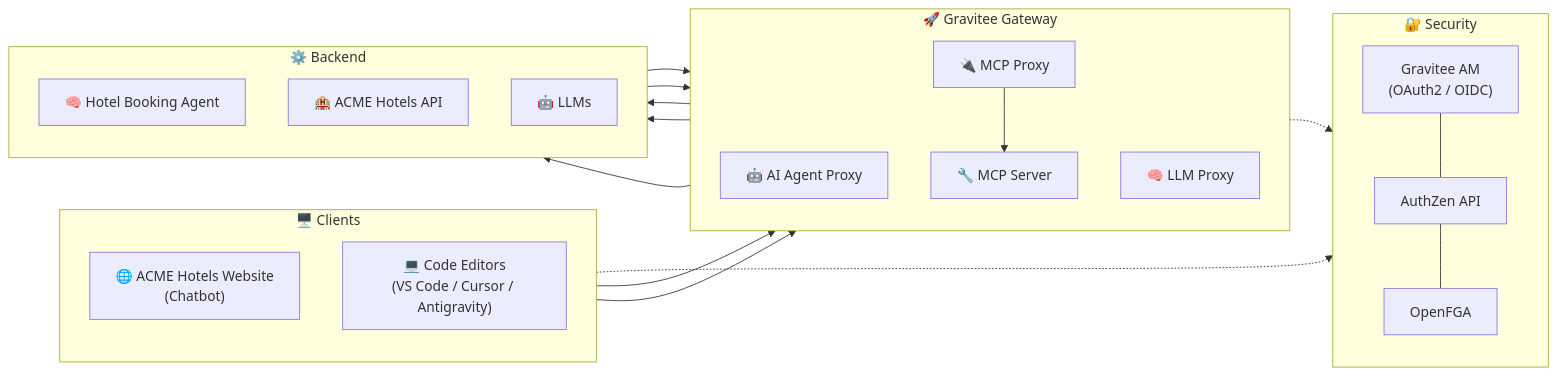
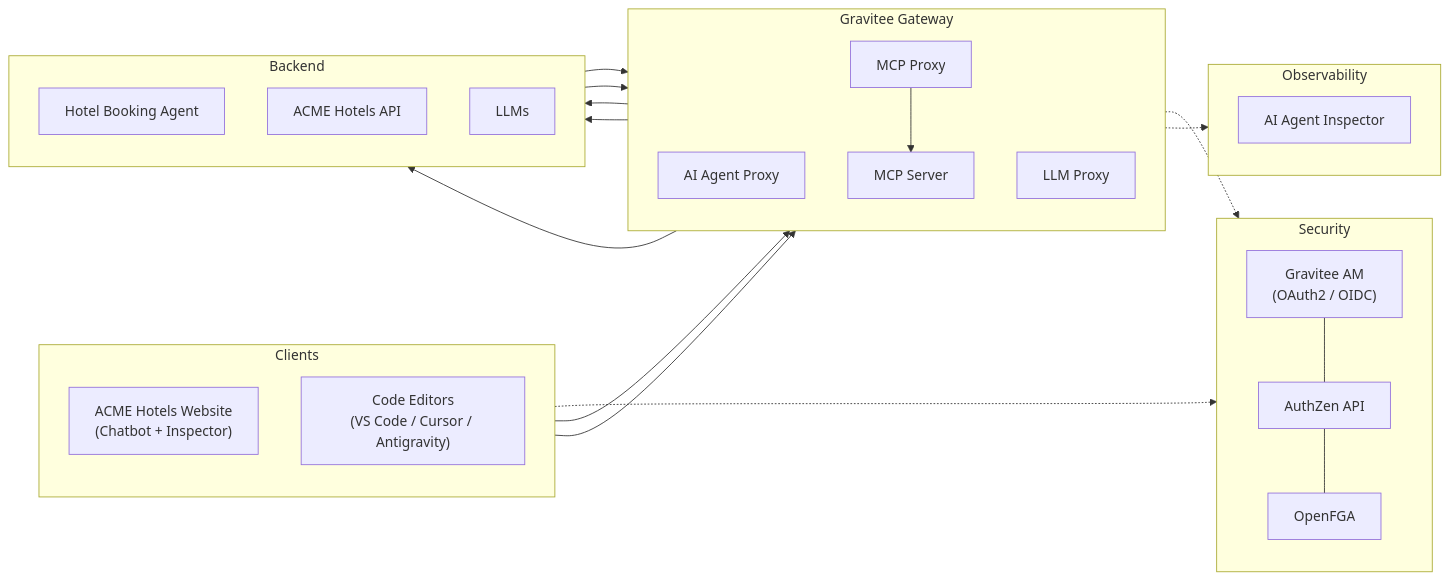
The first of 6 diagrams in README.md (gravitee-io-labs/Gravitee-AI-Agent-Workshop), drawn with Mermaid before and after one commit. The commit also changed other lines of this file and 1 other file, not shown here.

````diff
--- a/README.md
+++ b/README.md
@@ -68,50 +79,52 @@
 ```mermaid
 flowchart LR
-    subgraph Clients["🖥️ Clients"]
+    subgraph Clients["Clients"]
         direction TB
-        Website["🌐 ACME Hotels Website<br/>(Chatbot)"]
-        Editors["💻 Code Editors<br/>(VS Code / Cursor / Antigravity)"]
+        Website["ACME Hotels Website\n(Chatbot + Inspector)"]
+        Editors["Code Editors\n(VS Code / Cursor / Antigravity)"]
     end
 
-    subgraph Gateway["🚀 Gravitee Gateway"]
+    subgraph Gateway["Gravitee Gateway"]
         direction TB
-        AgentProxy["🤖 AI Agent Proxy"]
-        MCPProxy["🔌 MCP Proxy"]
-        MCPServer["🔧 MCP Server"]
-        LLMProxy["🧠 LLM Proxy"]
+        AgentProxy["AI Agent Proxy"]
+        MCPProxy["MCP Proxy"]
+        MCPServer["MCP Server"]
+        LLMProxy["LLM Proxy"]
     end
 
-    subgraph Backend["⚙️ Backend"]
+    subgraph Backend["Backend"]
         direction TB
-        Agent["🧠 Hotel Booking Agent"]
-        API["🏨 ACME Hotels API"]
-        LLM["🤖 LLMs"]
+        Agent["Hotel Booking Agent"]
+        API["ACME Hotels API"]
+        LLM["LLMs"]
     end
 
-    subgraph Security["🔐 Security"]
+    subgraph Security["Security"]
         direction TB
-        IAM["Gravitee AM<br/>(OAuth2 / OIDC)"]
+        IAM["Gravitee AM\n(OAuth2 / OIDC)"]
         AuthZen["AuthZen API"]
         OpenFGA["OpenFGA"]
         IAM --- AuthZen
         AuthZen --- OpenFGA
     end
 
-    %% Main flow - Clients to Gateway
+    subgraph Observability["Observability"]
+        direction TB
+        Inspector["AI Agent Inspector"]
+    end
+
     Website --> AgentProxy
     Editors --> MCPProxy
 
-    %% Gateway to Backend
     AgentProxy --> Agent
     MCPProxy --> MCPServer
     MCPServer --> API
     LLMProxy --> LLM
 
-    %% Agent uses Gateway services
     Agent --> MCPProxy
     Agent --> LLMProxy
 
-    %% Auth flows
     Clients -.-> Security
     Gateway -.-> Security
+    Gateway -.-> Inspector
 ```
````
